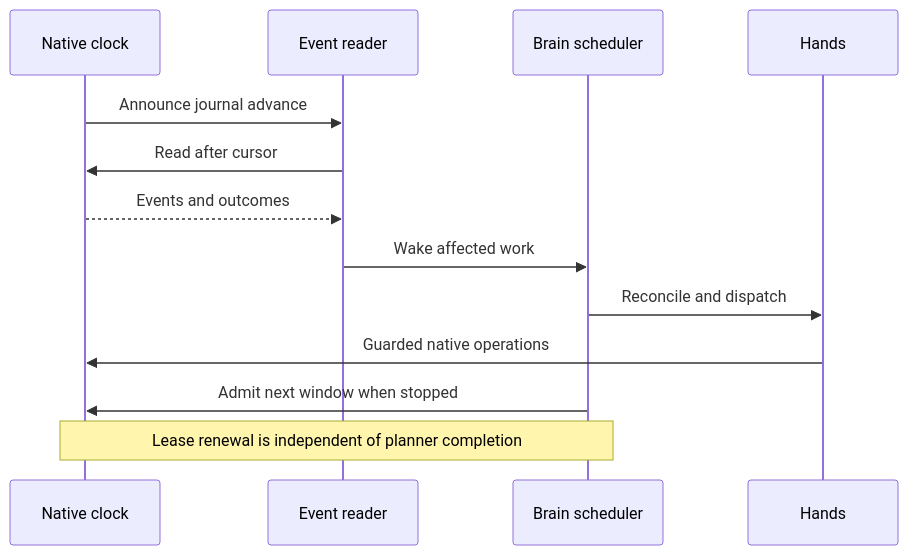
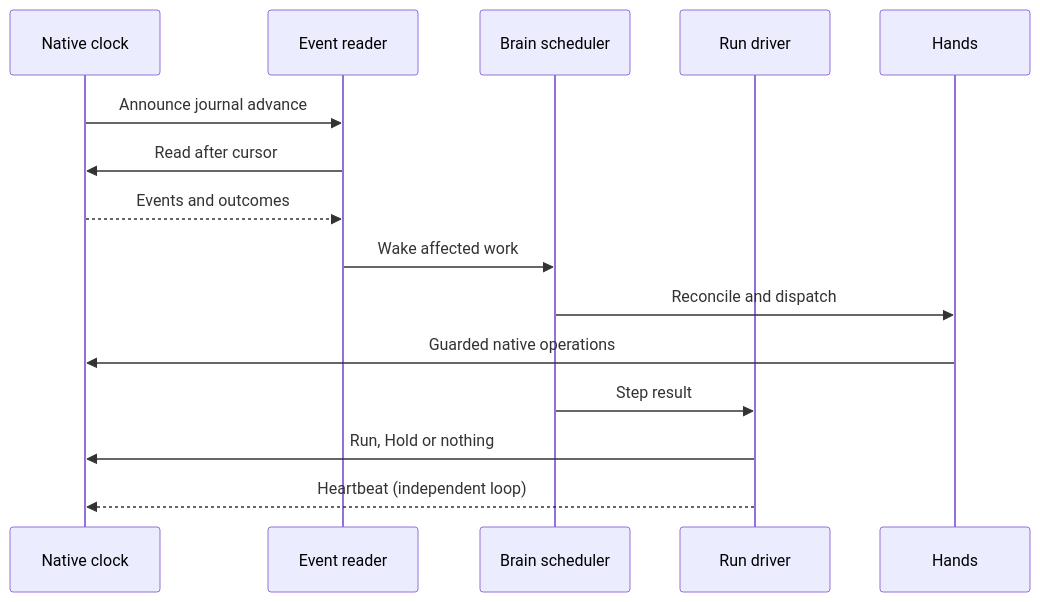
The third of 3 diagrams in docs/developers/architecture/control-loop.md (davidarcher/rimgovernor), drawn with Mermaid before and after one commit. The commit also changed other lines of this file and 23 other files, not shown here.

First line of the commit message:
Rewrite the clock docs as the as-built Run/Hold model (#3184)

````diff
--- a/docs/developers/architecture/control-loop.md
+++ b/docs/developers/architecture/control-loop.md
@@ -228,15 +286,17 @@
 ```mermaid
 sequenceDiagram
     participant N as Native clock
     participant P as Event reader
     participant S as Brain scheduler
+    participant D as Run driver
     participant H as Hands
     N->>P: Announce journal advance
     P->>N: Read after cursor
     N-->>P: Events and outcomes
     P->>S: Wake affected work
     S->>H: Reconcile and dispatch
     H->>N: Guarded native operations
-    S->>N: Admit next window when stopped
-    Note over N,S: Lease renewal is independent of planner completion
+    S->>D: Step result
+    D->>N: Run, Hold or nothing
+    D-->>N: Heartbeat (independent loop)
 ```
````
